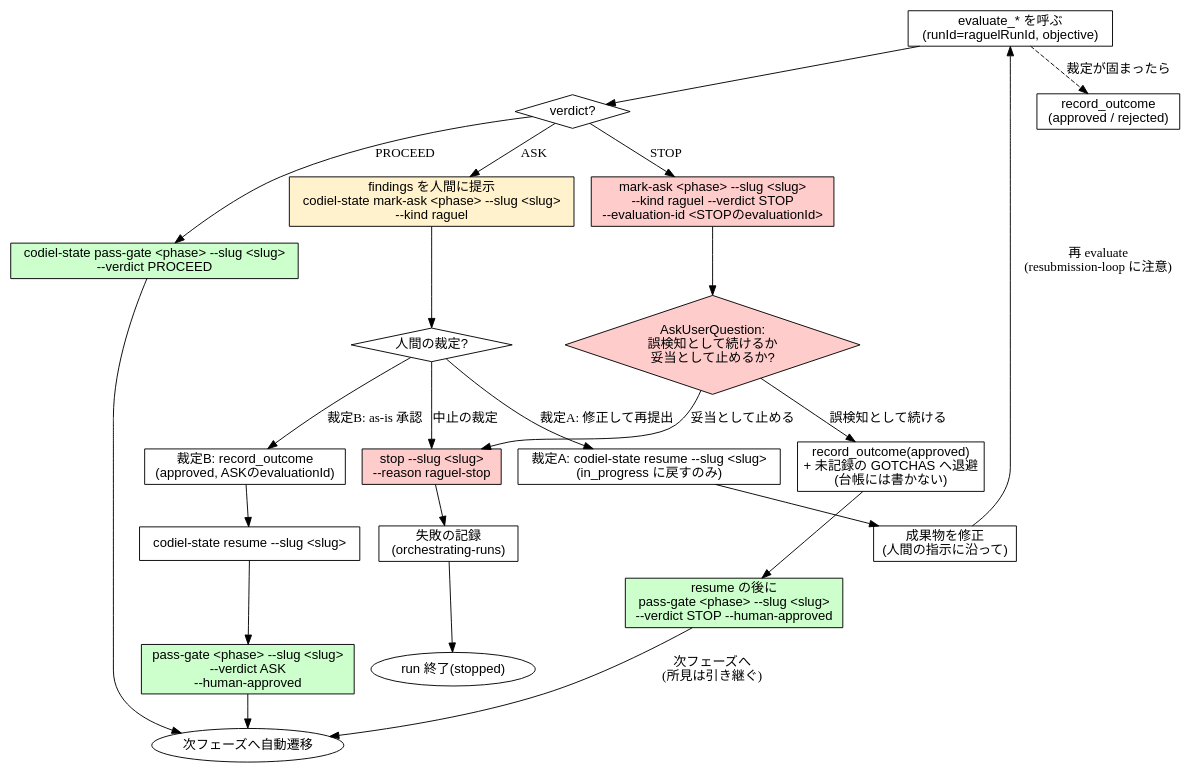
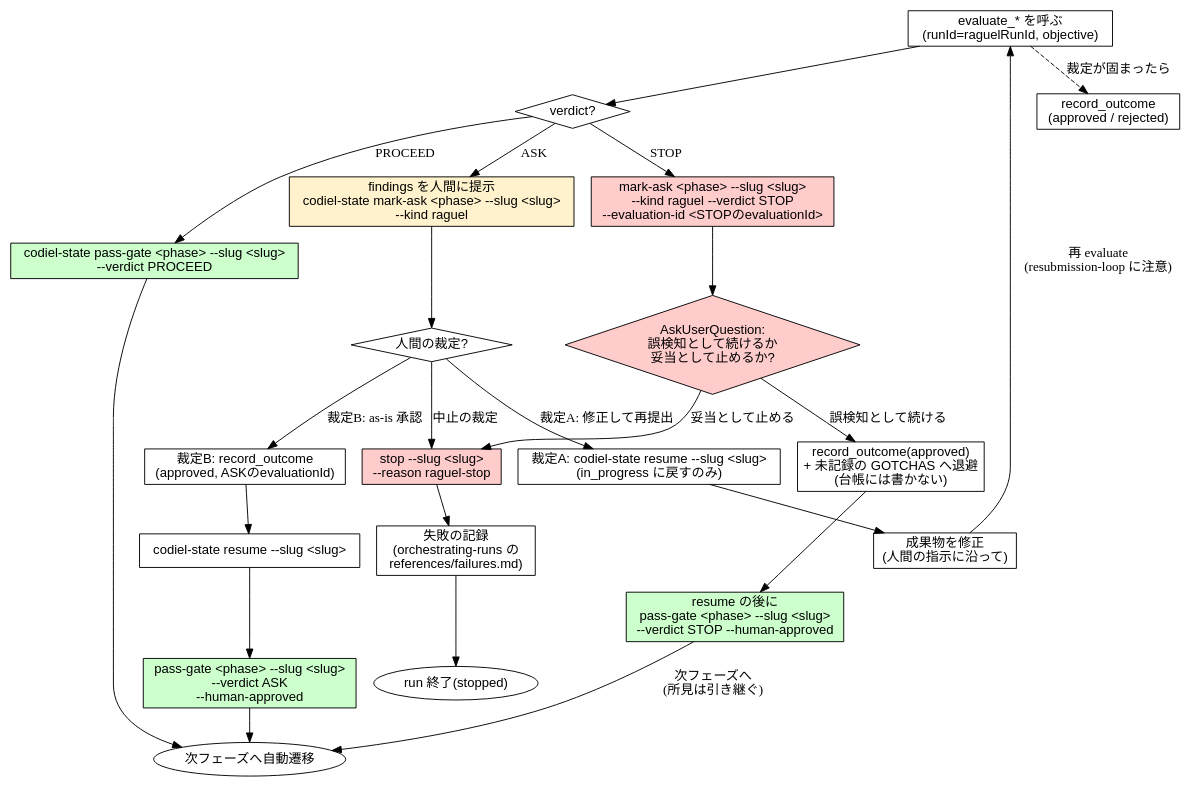
Before and after one commit to Amatsuka-kobo/amatsuka-claude-plugins: diagram 13 of 15 in plugins/codiel/docs/skill-flowcharts.md, drawn with Graphviz. The commit also changed other lines of this file and 8 other files, not shown here.

````diff
--- a/plugins/codiel/docs/skill-flowcharts.md
+++ b/plugins/codiel/docs/skill-flowcharts.md
@@ -515,60 +515,60 @@
 ```dot
 digraph raguel_gate {
   rankdir=TB;
   node [fontname="sans-serif"];
 
   evaluate [label="evaluate_* を呼ぶ\n(runId=raguelRunId, objective)", shape=box];
   verdict [label="verdict?", shape=diamond];
 
   proceed [label="codiel-state pass-gate <phase> --slug <slug>\n--verdict PROCEED", shape=box, style=filled, fillcolor="#ccffcc"];
   next [label="次フェーズへ自動遷移", shape=ellipse];
 
   ask [label="findings を人間に提示\ncodiel-state mark-ask <phase> --slug <slug>\n--kind raguel", shape=box, style=filled, fillcolor="#fff2cc"];
   human [label="人間の裁定?", shape=diamond];
 
   resume_a [label="裁定A: codiel-state resume --slug <slug>\n(in_progress に戻すのみ)", shape=box];
   refix [label="成果物を修正\n(人間の指示に沿って)", shape=box];
   record_a [label="record_outcome\n(approved / rejected)", shape=box];
 
   record_ha [label="裁定B: record_outcome\n(approved, ASKのevaluationId)", shape=box];
   resume_b [label="codiel-state resume --slug <slug>", shape=box];
   pass_gate_ha [label="pass-gate <phase> --slug <slug>\n--verdict ASK\n--human-approved", shape=box, style=filled, fillcolor="#ccffcc"];
 
   stop_mark [label="mark-ask <phase> --slug <slug>\n--kind raguel --verdict STOP\n--evaluation-id <STOPのevaluationId>", shape=box, style=filled, fillcolor="#ffcccc"];
   stop_ask [label="AskUserQuestion:\n誤検知として続けるか\n妥当として止めるか?", shape=diamond, style=filled, fillcolor="#ffcccc"];
   stop_misdetect [label="record_outcome(approved)\n+ 未記録の GOTCHAS へ退避\n(台帳には書かない)", shape=box];
   stop_pass [label="resume の後に\npass-gate <phase> --slug <slug>\n--verdict STOP --human-approved", shape=box, style=filled, fillcolor="#ccffcc"];
   stop_valid [label="stop --slug <slug>\n--reason raguel-stop", shape=box, style=filled, fillcolor="#ffcccc"];
-  gotchas [label="失敗の記録\n(orchestrating-runs)", shape=box];
+  gotchas [label="失敗の記録\n(orchestrating-runs の\nreferences/failures.md)", shape=box];
   stopped [label="run 終了(stopped)", shape=ellipse];
 
   evaluate -> verdict;
   verdict -> proceed [label="PROCEED"];
   verdict -> ask [label="ASK"];
   verdict -> stop_mark [label="STOP"];
 
   proceed -> next;
 
   ask -> human;
   human -> resume_a [label="裁定A: 修正して再提出"];
   human -> record_ha [label="裁定B: as-is 承認"];
   human -> stop_valid [label="中止の裁定"];
 
   resume_a -> refix;
   refix -> evaluate [label="再 evaluate\n(resubmission-loop に注意)"];
   evaluate -> record_a [style=dashed, label="裁定が固まったら"];
 
   record_ha -> resume_b;
   resume_b -> pass_gate_ha;
   pass_gate_ha -> next;
 
   stop_mark -> stop_ask;
   stop_ask -> stop_misdetect [label="誤検知として続ける"];
   stop_misdetect -> stop_pass;
   stop_pass -> next [label="次フェーズへ\n(所見は引き継ぐ)"];
   stop_ask -> stop_valid [label="妥当として止める"];
 
   stop_valid -> gotchas;
   gotchas -> stopped;
 }
 ```
````
